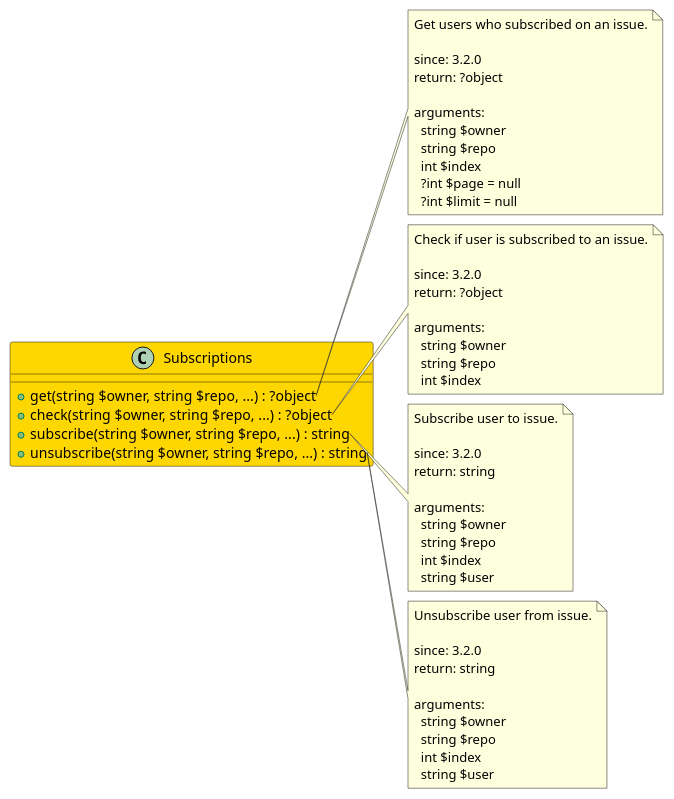
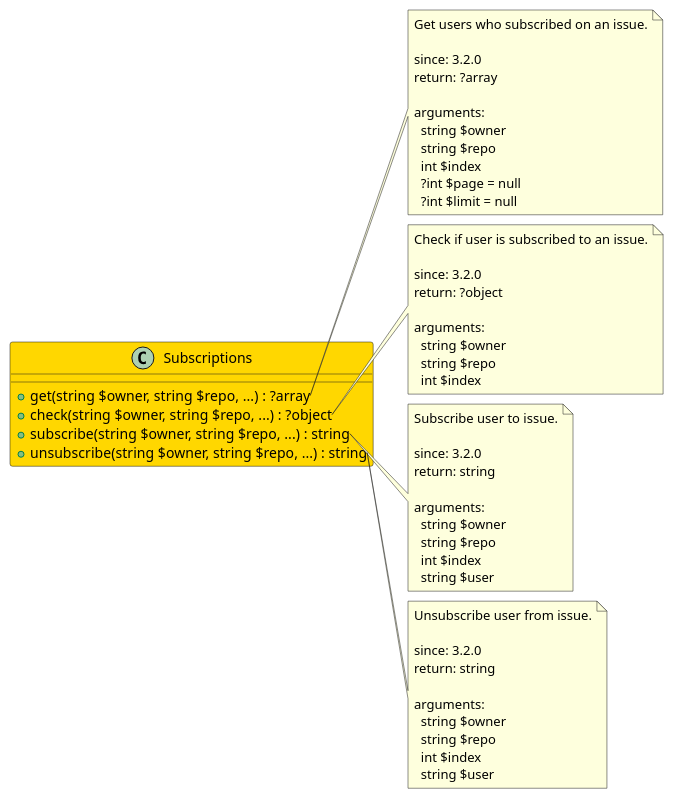
One commit to joomengine/gitea changed the diagram in src/acca507d-e632-4349-9e3a-9dba5d19fbf9/README.md. Above: the diagram before and after it, drawn with PlantUML. The commit also changed other lines of this file and 370 other files, not shown here.

````diff
--- a/src/acca507d-e632-4349-9e3a-9dba5d19fbf9/README.md
+++ b/src/acca507d-e632-4349-9e3a-9dba5d19fbf9/README.md
@@ -6,64 +6,64 @@
 ```uml
 @startuml
 
 class Subscriptions  #Gold {
-  + get(string $owner, string $repo, ...) : ?object
+  + get(string $owner, string $repo, ...) : ?array
   + check(string $owner, string $repo, ...) : ?object
   + subscribe(string $owner, string $repo, ...) : string
   + unsubscribe(string $owner, string $repo, ...) : string
 }
 
 note right of Subscriptions::get
   Get users who subscribed on an issue.
 
   since: 3.2.0
-  return: ?object
+  return: ?array
   
   arguments:
     string $owner
     string $repo
     int $index
     ?int $page = null
     ?int $limit = null
 end note
 
 note right of Subscriptions::check
   Check if user is subscribed to an issue.
 
   since: 3.2.0
   return: ?object
   
   arguments:
     string $owner
     string $repo
     int $index
 end note
 
 note right of Subscriptions::subscribe
   Subscribe user to issue.
 
   since: 3.2.0
   return: string
   
   arguments:
     string $owner
     string $repo
     int $index
     string $user
 end note
 
 note right of Subscriptions::unsubscribe
   Unsubscribe user from issue.
 
   since: 3.2.0
   return: string
   
   arguments:
     string $owner
     string $repo
     int $index
     string $user
 end note
 
 @enduml
 ```
````
